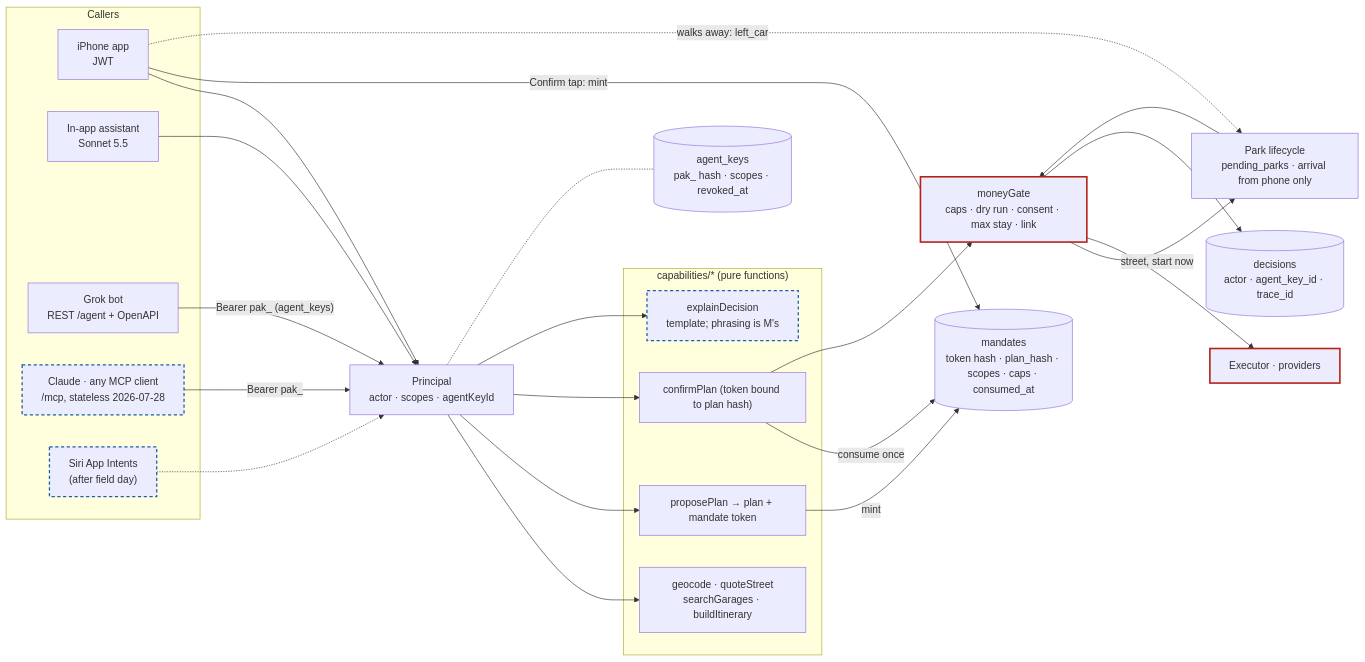
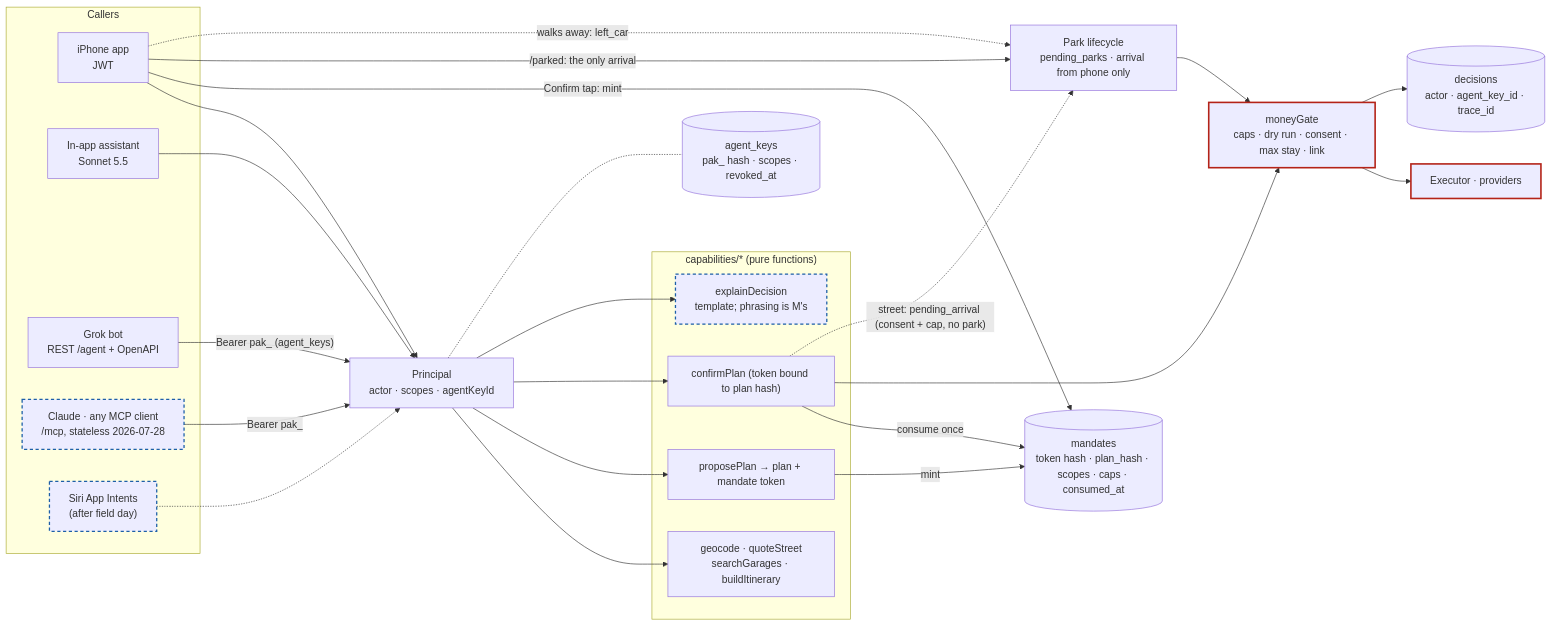
The third of 4 diagrams in docs/architecture.md (thomasbardhi01/parkagent), drawn with Mermaid before and after one commit.

Commit message:
docs/architecture.md: the agent confirm's street branch (E2)
View 3: an agent's street confirm is pending_arrival (consent and cap,
no park), and /parked from the app is the only arrival; the edge that
drew the gate creating a park from a confirm is gone.

````diff
--- a/docs/architecture.md
+++ b/docs/architecture.md
@@ -115,50 +115,51 @@
 ```mermaid
 flowchart LR
   subgraph Callers
     APP["iPhone app<br/>JWT"]
     LOOP["In-app assistant<br/>Sonnet 5.5"]
     GROK["Grok bot<br/>REST /agent + OpenAPI"]
     CL["Claude · any MCP client<br/>/mcp, stateless 2026-07-28"]
     SIRI["Siri App Intents<br/>(after field day)"]
   end
 
   P["Principal<br/>actor · scopes · agentKeyId"]
 
   subgraph Cap["capabilities/* (pure functions)"]
     C1["geocode · quoteStreet<br/>searchGarages · buildItinerary"]
     C2["proposePlan → plan + mandate token"]
     C3["confirmPlan (token bound to plan hash)"]
     C4["explainDecision<br/>template; phrasing is M's"]
   end
 
   GATE["moneyGate<br/>caps · dry run · consent · max stay · link"]
   LIFE["Park lifecycle<br/>pending_parks · arrival from phone only"]
   EXE["Executor · providers"]
   DEC[("decisions<br/>actor · agent_key_id · trace_id")]
   KEYS[("agent_keys<br/>pak_ hash · scopes · revoked_at")]
   MAND[("mandates<br/>token hash · plan_hash · scopes · caps · consumed_at")]
 
   APP --> P
   LOOP --> P
   GROK -- "Bearer pak_ (agent_keys)" --> P
   CL -- "Bearer pak_" --> P
   SIRI -.-> P
   P --> C1 & C2 & C3
   P --> C4
   P -.- KEYS
   C2 -- "mint" --> MAND
   C3 -- "consume once" --> MAND
   APP -- "Confirm tap: mint" --> MAND
   C3 --> GATE
-  GATE -- "street, start now" --> LIFE
+  C3 -. "street: pending_arrival (consent + cap, no park)" .-> LIFE
+  APP -- "/parked: the only arrival" --> LIFE
   LIFE --> GATE
   GATE --> EXE
   GATE --> DEC
   APP -. "walks away: left_car" .-> LIFE
 
   classDef money stroke:#b42318,stroke-width:2.5px
   classDef planned stroke:#1d5fa8,stroke-width:2px,stroke-dasharray:5 4
   class GATE,EXE money
   class CL,SIRI planned
   class C4 planned
 ```
````
